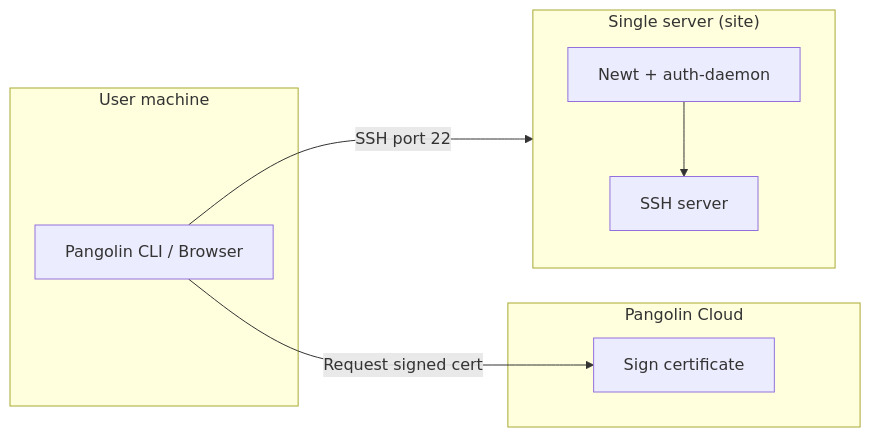
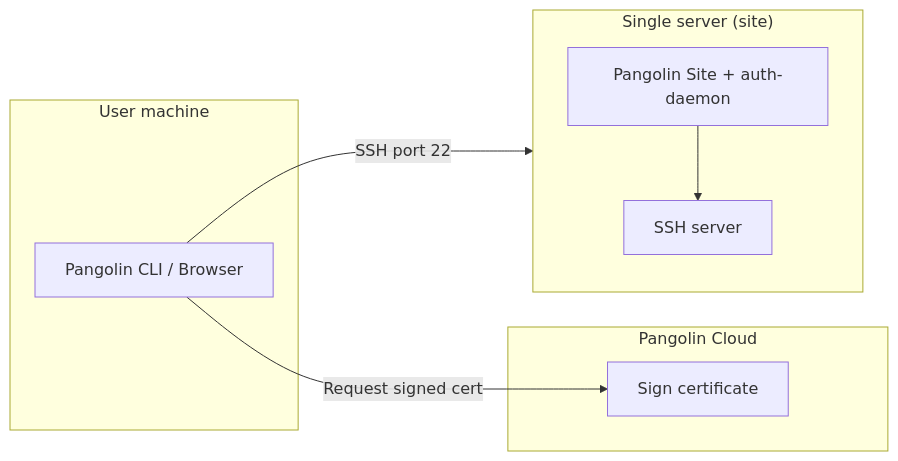
Before and after one commit to fosrl/docs-v2: the first of 2 diagrams in manage/ssh.mdx, drawn with Mermaid. The commit also changed other lines of this file and 22 other files, not shown here.

Commit message:
update references from newt to pangolin site

````diff
--- a/manage/ssh.mdx
+++ b/manage/ssh.mdx
@@ -180,20 +181,20 @@
 ```mermaid
 flowchart LR
   subgraph client["User machine"]
     CLI[Pangolin CLI / Browser]
   end
 
   subgraph cloud["Pangolin Cloud"]
     CA[Sign certificate]
   end
 
   subgraph server["Single server (site)"]
     direction TB
-    Newt[Newt + auth-daemon]
+    Site[Pangolin Site + auth-daemon]
     SSHD[SSH server]
-    Newt --> SSHD
+    Site --> SSHD
   end
 
   CLI -->|Request signed cert| CA
   CLI -->|SSH port 22| SSHD
 ```
````
